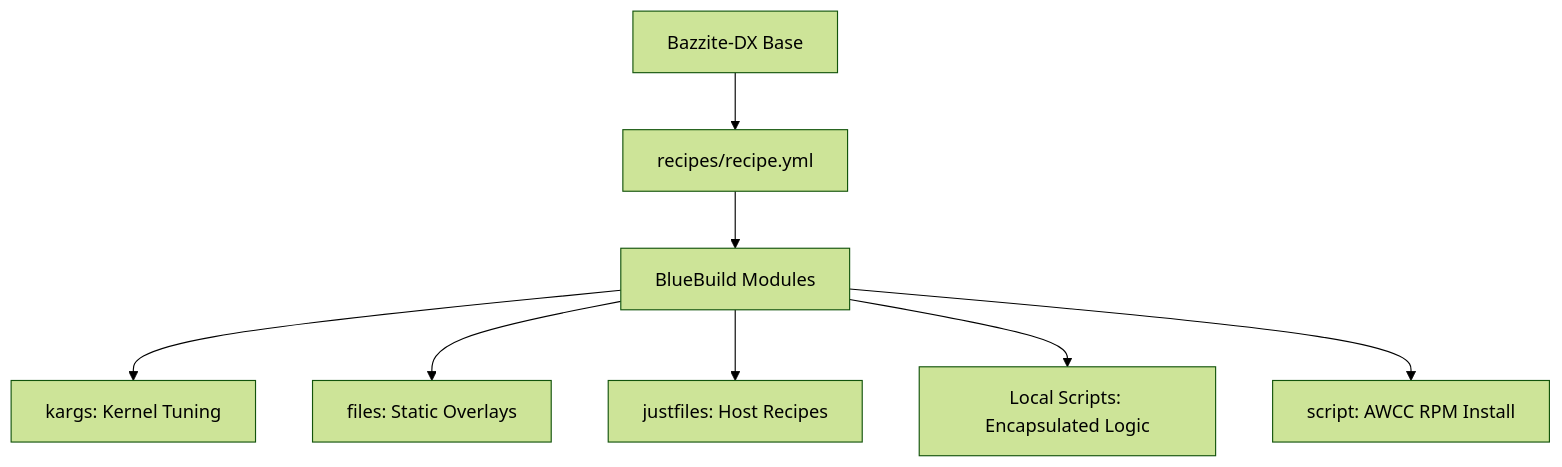
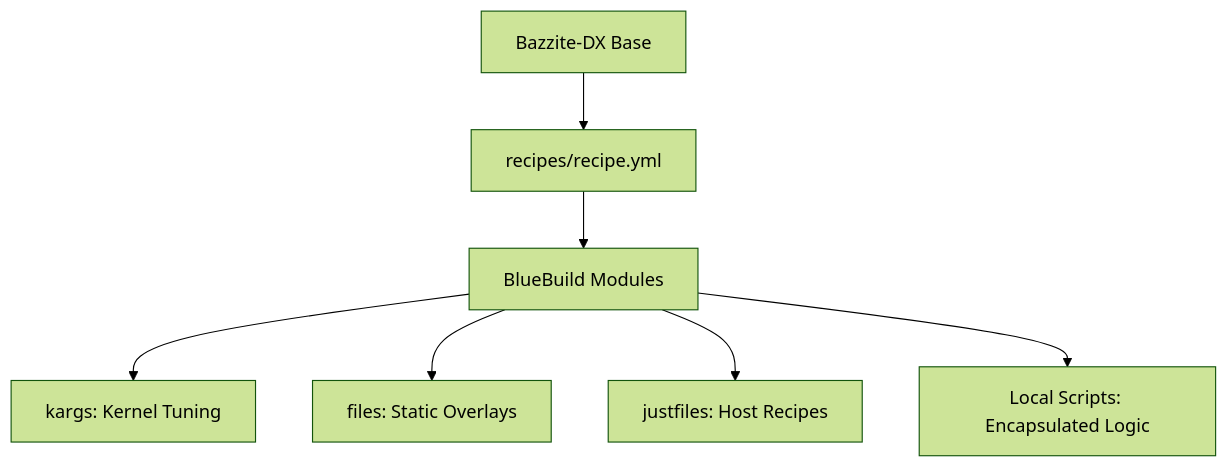
Before and after one commit to nklowns/bazzite-dx-silver-goggles: the diagram in README.md, drawn with Mermaid (forest theme). The commit also changed other lines of this file and 15 other files, not shown here.

````diff
--- a/README.md
+++ b/README.md
@@ -23,10 +24,9 @@
 ```mermaid
 graph TD
     A[Bazzite-DX Base] --> B[recipes/recipe.yml]
     B --> C[BlueBuild Modules]
     C --> C1[kargs: Kernel Tuning]
     C --> C2[files: Static Overlays]
     C --> C5[justfiles: Host Recipes]
     C --> C6[Local Scripts: Encapsulated Logic]
-    C --> C3[script: AWCC RPM Install]
 ```
````
